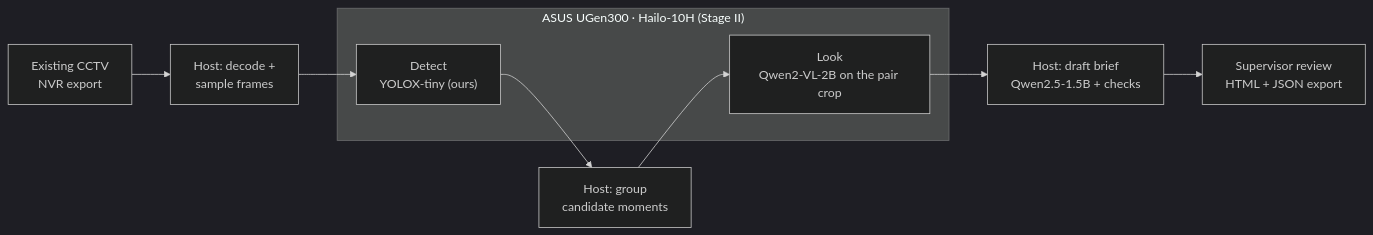
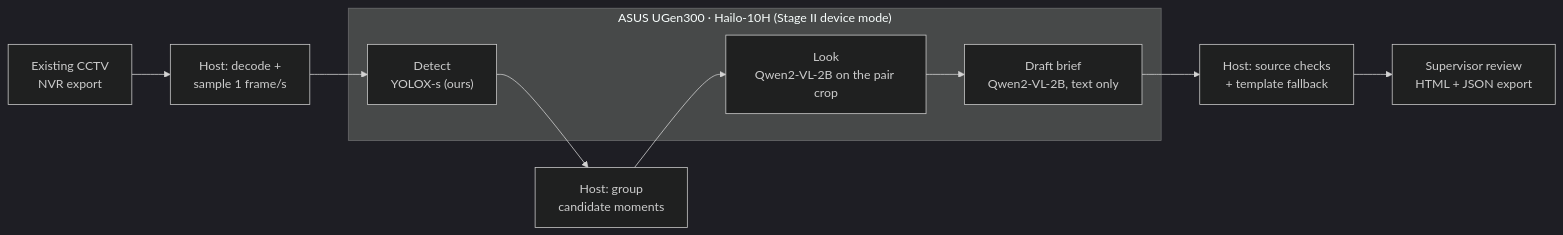
One commit to livejiaquan/tracebrief changed the diagram in README.md. Above: the diagram before and after it, drawn with Mermaid (dark theme). The commit also changed other lines of this file and 58 other files, not shown here.

First line of the commit message:
UGen300 device records, frame-timing records, facts generator and Stage II docs

````diff
--- a/README.md
+++ b/README.md
@@ -16,13 +16,15 @@
 ```mermaid
 flowchart LR
-    CCTV["Existing CCTV<br/>NVR export"] --> Decode["Host: decode +<br/>sample frames"]
-    Decode --> Detect["Detect<br/>YOLOX-tiny (ours)"]
+    CCTV["Existing CCTV<br/>NVR export"] --> Decode["Host: decode +<br/>sample 1 frame/s"]
+    Decode --> Detect["Detect<br/>YOLOX-s (ours)"]
     Detect --> Group["Host: group<br/>candidate moments"]
     Group --> Look["Look<br/>Qwen2-VL-2B on the pair crop"]
-    Look --> Brief["Host: draft brief<br/>Qwen2.5-1.5B + checks"]
-    Brief --> Review["Supervisor review<br/>HTML + JSON export"]
-    subgraph UGen300["ASUS UGen300 · Hailo-10H (Stage II)"]
+    Look --> Draft["Draft brief<br/>Qwen2-VL-2B, text only"]
+    Draft --> Checks["Host: source checks<br/>+ template fallback"]
+    Checks --> Review["Supervisor review<br/>HTML + JSON export"]
+    subgraph UGen300["ASUS UGen300 · Hailo-10H (Stage II device mode)"]
         Detect
         Look
+        Draft
     end
 ```
````
